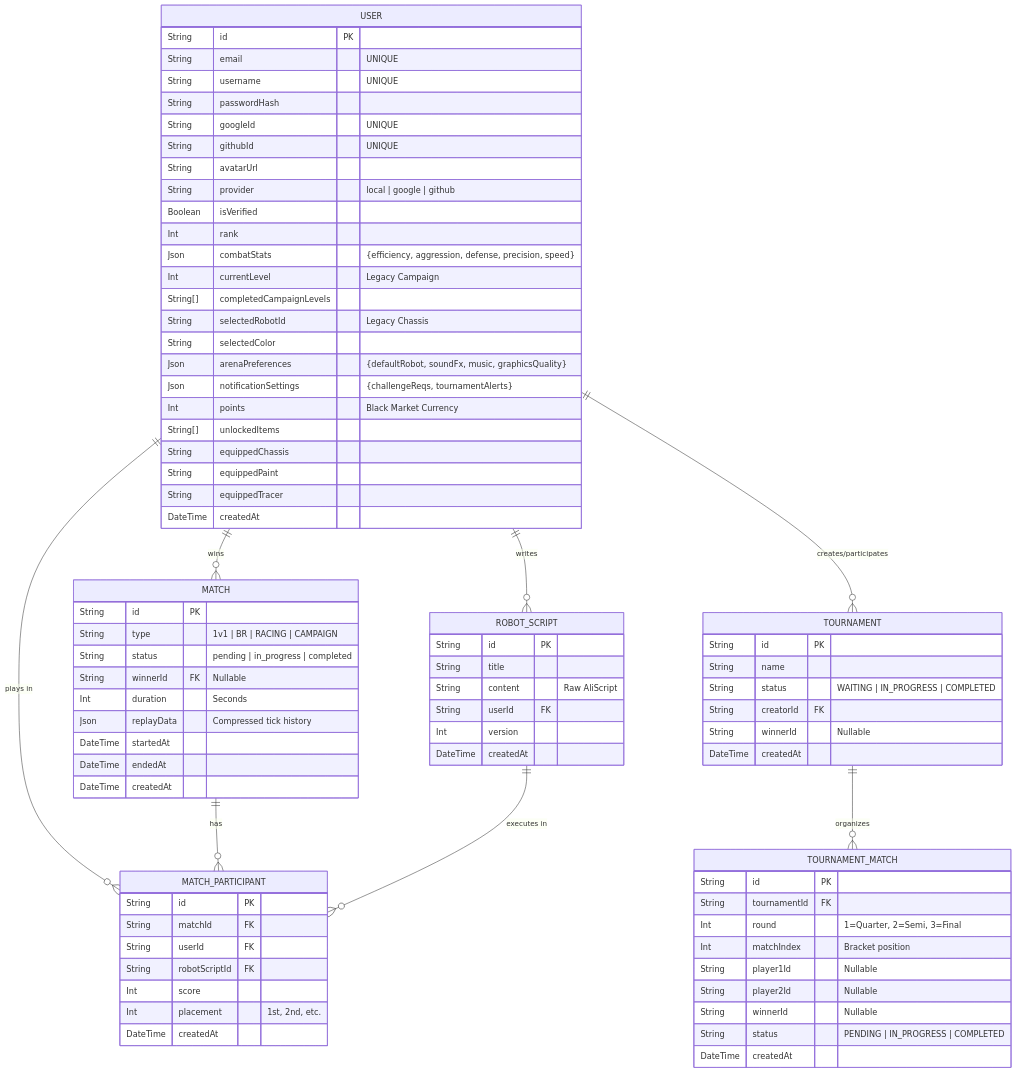
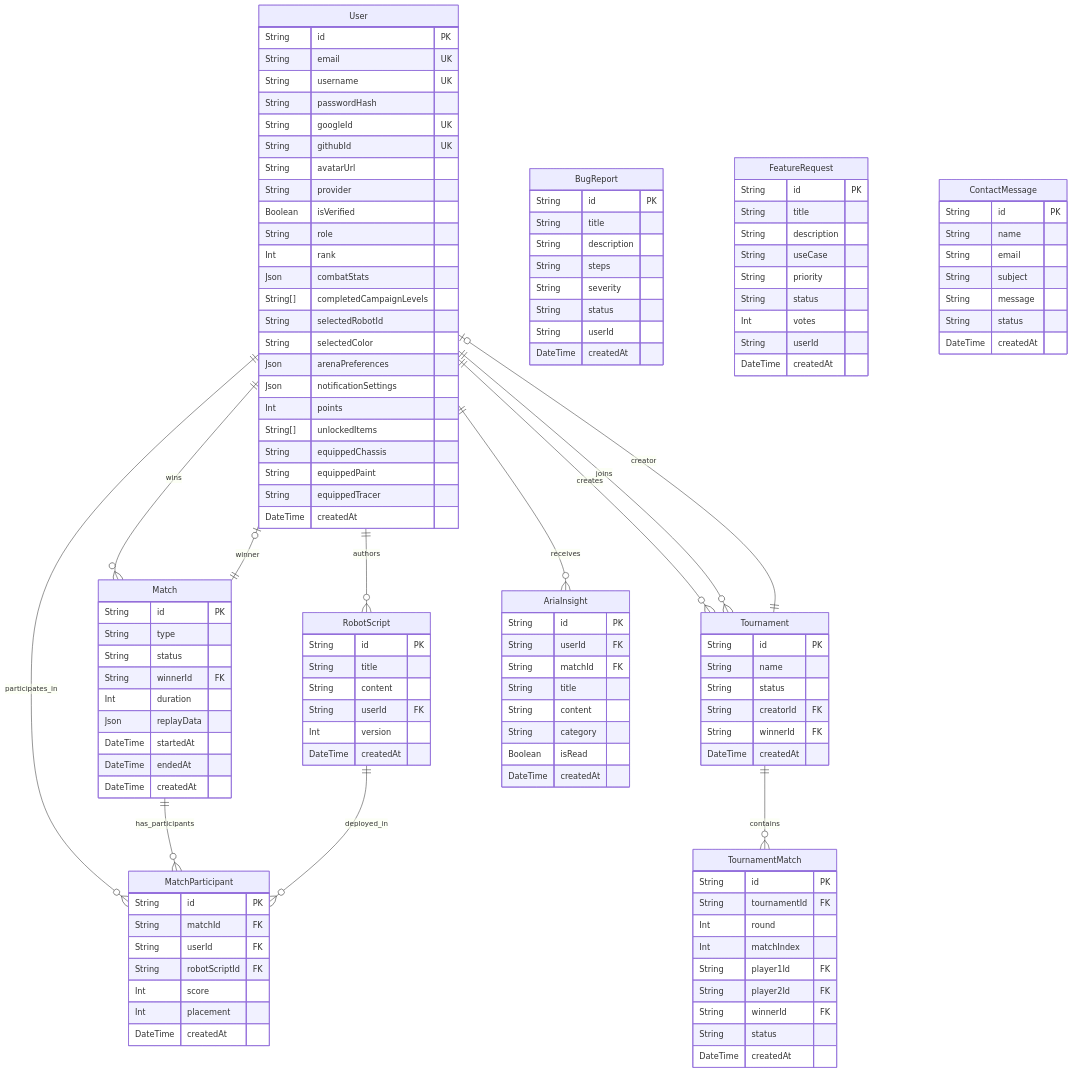
The diagram in docs/erd-diagram.md (AverageMax/logic-arena), drawn with Mermaid before and after one commit. The commit also changed other lines of this file and 6 other files, not shown here.

Commit message:
docs: comprehensive documentation update for v3.1.0 features and architecture

````diff
--- a/docs/erd-diagram.md
+++ b/docs/erd-diagram.md
@@ -5,34 +5,39 @@
 ```mermaid
 erDiagram
-    USER ||--o{ ROBOT_SCRIPT : "writes"
-    USER ||--o{ MATCH_PARTICIPANT : "plays in"
-    USER ||--o{ MATCH : "wins"
-    USER ||--o{ TOURNAMENT : "creates/participates"
-    
-    MATCH ||--o{ MATCH_PARTICIPANT : "has"
-    ROBOT_SCRIPT ||--o{ MATCH_PARTICIPANT : "executes in"
-    
-    TOURNAMENT ||--o{ TOURNAMENT_MATCH : "organizes"
-    
-    USER {
+    User ||--o{ RobotScript : "authors"
+    User ||--o{ MatchParticipant : "participates_in"
+    User ||--o{ Match : "wins"
+    User ||--o{ Tournament : "creates"
+    User ||--o{ Tournament : "joins"
+    User ||--o{ AriaInsight : "receives"
+
+    Match ||--o{ MatchParticipant : "has_participants"
+    Match ||--o| User : "winner"
+
+    RobotScript ||--o{ MatchParticipant : "deployed_in"
+
+    Tournament ||--o{ TournamentMatch : "contains"
+    Tournament ||--o| User : "creator"
+
+    User {
         String id PK
-        String email "UNIQUE"
-        String username "UNIQUE"
+        String email UK
+        String username UK
         String passwordHash
-        String googleId "UNIQUE"
-        String githubId "UNIQUE"
+        String googleId UK
+        String githubId UK
         String avatarUrl
-        String provider "local | google | github"
+        String provider
         Boolean isVerified
+        String role
         Int rank
-        Json combatStats "{efficiency, aggression, defense, precision, speed}"
-        Int currentLevel "Legacy Campaign"
+        Json combatStats
         String[] completedCampaignLevels
-        String selectedRobotId "Legacy Chassis"
+        String selectedRobotId
         String selectedColor
-        Json arenaPreferences "{defaultRobot, soundFx, music, graphicsQuality}"
-        Json notificationSettings "{challengeReqs, tournamentAlerts}"
-        Int points "Black Market Currency"
+        Json arenaPreferences
+        Json notificationSettings
+        Int points
         String[] unlockedItems
         String equippedChassis
         String equippedPaint
@@ -40,55 +45,99 @@
         DateTime createdAt
     }
 
-    ROBOT_SCRIPT {
+    RobotScript {
         String id PK
         String title
-        String content "Raw AliScript"
+        String content
         String userId FK
         Int version
         DateTime createdAt
     }
 
-    MATCH {
+    Match {
         String id PK
-        String type "1v1 | BR | RACING | CAMPAIGN"
-        String status "pending | in_progress | completed"
-        String winnerId FK "Nullable"
-        Int duration "Seconds"
-        Json replayData "Compressed tick history"
+        String type
+        String status
+        String winnerId FK
+        Int duration
+        Json replayData
         DateTime startedAt
         DateTime endedAt
         DateTime createdAt
     }
 
-    MATCH_PARTICIPANT {
+    MatchParticipant {
         String id PK
         String matchId FK
         String userId FK
         String robotScriptId FK
         Int score
-        Int placement "1st, 2nd, etc."
+        Int placement
         DateTime createdAt
     }
 
-    TOURNAMENT {
+    Tournament {
         String id PK
         String name
-        String status "WAITING | IN_PROGRESS | COMPLETED"
+        String status
         String creatorId FK
-        String winnerId "Nullable"
+        String winnerId FK
         DateTime createdAt
     }
 
-    TOURNAMENT_MATCH {
+    TournamentMatch {
         String id PK
         String tournamentId FK
-        Int round "1=Quarter, 2=Semi, 3=Final"
-        Int matchIndex "Bracket position"
-        String player1Id "Nullable"
-        String player2Id "Nullable"
-        String winnerId "Nullable"
-        String status "PENDING | IN_PROGRESS | COMPLETED"
+        Int round
+        Int matchIndex
+        String player1Id FK
+        String player2Id FK
+        String winnerId FK
+        String status
+        DateTime createdAt
+    }
+
+    AriaInsight {
+        String id PK
+        String userId FK
+        String matchId FK
+        String title
+        String content
+        String category
+        Boolean isRead
+        DateTime createdAt
+    }
+
+    BugReport {
+        String id PK
+        String title
+        String description
+        String steps
+        String severity
+        String status
+        String userId
+        DateTime createdAt
+    }
+
+    FeatureRequest {
+        String id PK
+        String title
+        String description
+        String useCase
+        String priority
+        String status
+        Int votes
+        String userId
+        DateTime createdAt
+    }
+
+    ContactMessage {
+        String id PK
+        String name
+        String email
+        String subject
+        String message
+        String status
         DateTime createdAt
     }
 ```
````
